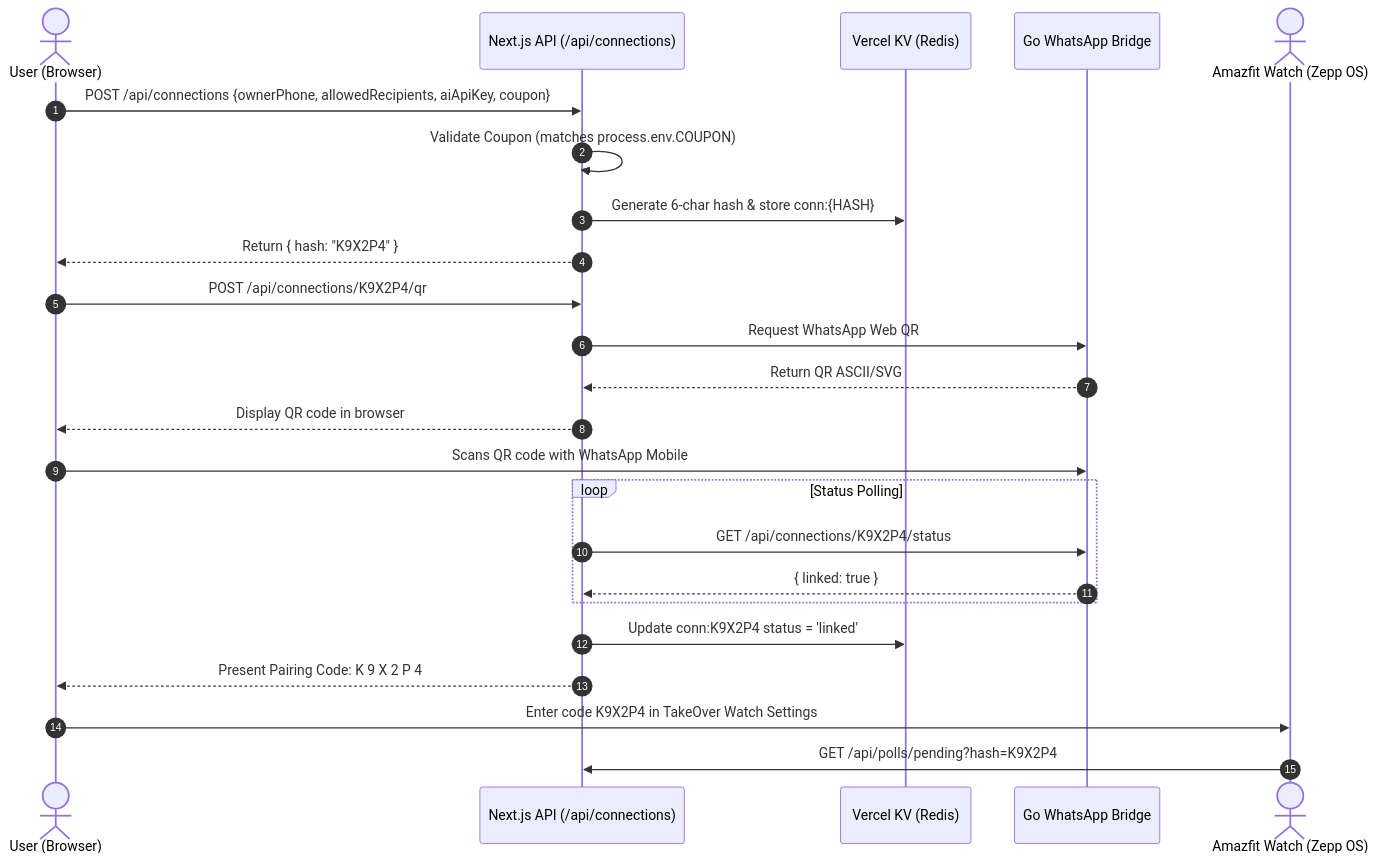
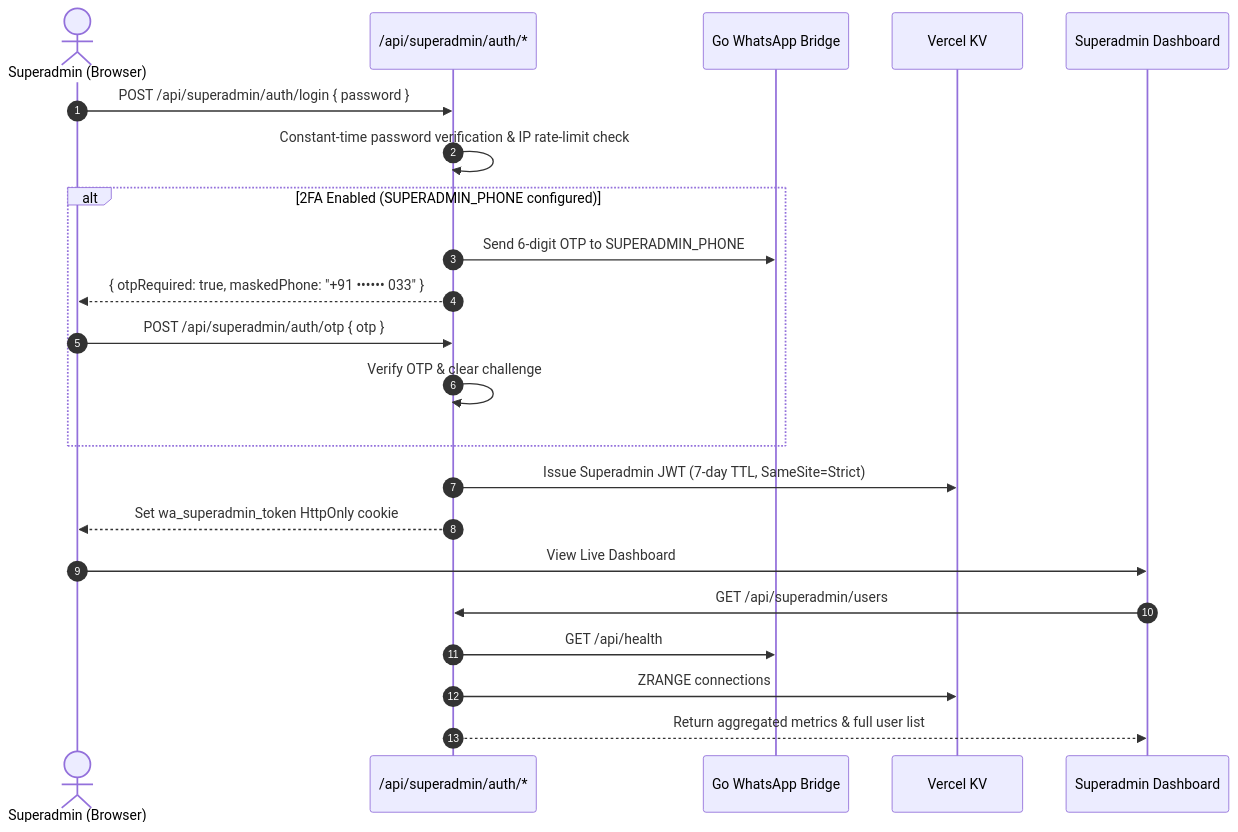
The third of 3 diagrams in ARCHITECTURE.md (Nikhil-Mundhra/whatsapp-ai), drawn with Mermaid before and after one commit. The commit also changed other lines of this file and 12 other files, not shown here.

Commit message:
docs: update system architecture and remove emojis across documentation

````diff
--- a/ARCHITECTURE.md
+++ b/ARCHITECTURE.md
@@ -148,30 +202,26 @@
 ```mermaid
 sequenceDiagram
     autonumber
-    actor User as User (Browser)
-    participant Web as Next.js API (/api/connections)
-    participant KV as Vercel KV (Redis)
+    actor Admin as Superadmin (Browser)
+    participant AuthAPI as /api/superadmin/auth/*
     participant Bridge as Go WhatsApp Bridge
-    actor Watch as Amazfit Watch (Zepp OS)
+    participant KV as Vercel KV
+    participant UI as Superadmin Dashboard
 
-    User->>Web: POST /api/connections {ownerPhone, allowedRecipients, aiApiKey, coupon}
-    Web->>Web: Validate Coupon (matches process.env.COUPON)
-    Web->>KV: Generate 6-char hash & store conn:{HASH}
-    Web-->>User: Return { hash: "K9X2P4" }
-    
-    User->>Web: POST /api/connections/K9X2P4/qr
-    Web->>Bridge: Request WhatsApp Web QR
-    Bridge-->>Web: Return QR ASCII/SVG
-    Web-->>User: Display QR code in browser
-    User->>Bridge: Scans QR code with WhatsApp Mobile
-    
-    loop Status Polling
-        Web->>Bridge: GET /api/connections/K9X2P4/status
-        Bridge-->>Web: { linked: true }
+    Admin->>AuthAPI: POST /api/superadmin/auth/login { password }
+    AuthAPI->>AuthAPI: Constant-time password verification & IP rate-limit check
+    alt 2FA Enabled (SUPERADMIN_PHONE configured)
+        AuthAPI->>Bridge: Send 6-digit OTP to SUPERADMIN_PHONE
+        AuthAPI-->>Admin: { otpRequired: true, maskedPhone: "+91 •••••• 033" }
+        Admin->>AuthAPI: POST /api/superadmin/auth/otp { otp }
+        AuthAPI->>AuthAPI: Verify OTP & clear challenge
     end
-    Web->>KV: Update conn:K9X2P4 status = 'linked'
-    Web-->>User: Present Pairing Code: K 9 X 2 P 4
-    
-    User->>Watch: Enter code K9X2P4 in TakeOver Watch Settings
-    Watch->>Web: GET /api/polls/pending?hash=K9X2P4
+    AuthAPI->>KV: Issue Superadmin JWT (7-day TTL, SameSite=Strict)
+    AuthAPI-->>Admin: Set wa_superadmin_token HttpOnly cookie
+
+    Admin->>UI: View Live Dashboard
+    UI->>AuthAPI: GET /api/superadmin/users
+    AuthAPI->>Bridge: GET /api/health
+    AuthAPI->>KV: ZRANGE connections
+    AuthAPI-->>UI: Return aggregated metrics & full user list
 ```
````
